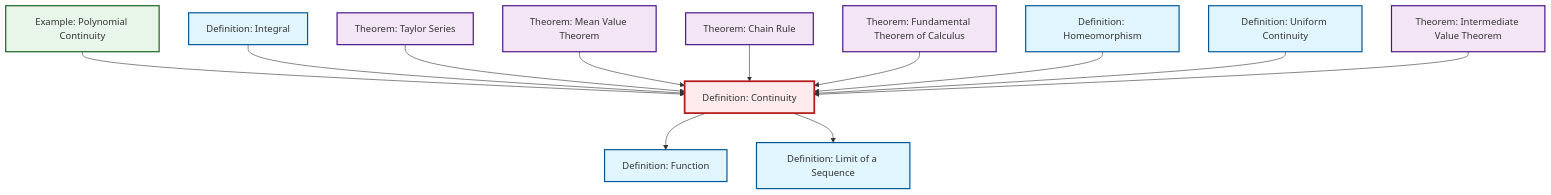
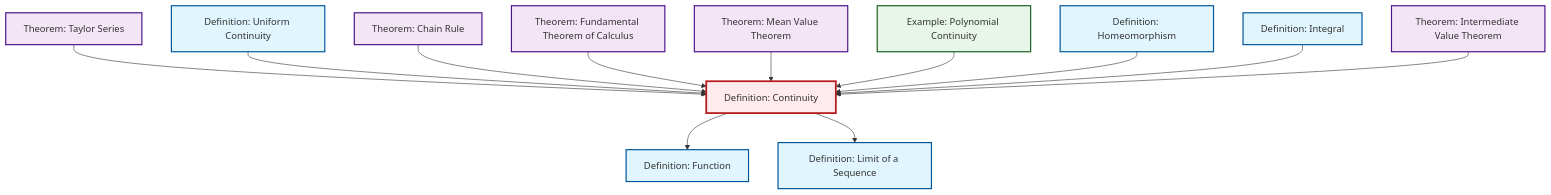
The diagram in content/en/analysis/def-continuity.qmd (RK0429/ModernMath), drawn with Mermaid before and after one commit. The commit also changed other lines of this file and 634 other files, not shown here.

````diff
--- a/content/en/analysis/def-continuity.qmd
+++ b/content/en/analysis/def-continuity.qmd
@@ -58,44 +58,44 @@
 ```{mermaid}
 %%| fig-cap: "Local dependency graph"
 graph TD
     classDef definition fill:#e1f5fe,stroke:#01579b,stroke-width:2px
     classDef theorem fill:#f3e5f5,stroke:#4a148c,stroke-width:2px
     classDef axiom fill:#fff3e0,stroke:#e65100,stroke-width:2px
     classDef example fill:#e8f5e9,stroke:#1b5e20,stroke-width:2px
     classDef current fill:#ffebee,stroke:#b71c1c,stroke-width:3px
-    thm-intermediate-value["Theorem: Intermediate Value Theorem"]:::theorem
+    thm-chain-rule["Theorem: Chain Rule"]:::theorem
     ex-polynomial-continuity["Example: Polynomial Continuity"]:::example
-    thm-chain-rule["Theorem: Chain Rule"]:::theorem
-    thm-taylor-series["Theorem: Taylor Series"]:::theorem
-    def-integral["Definition: Integral"]:::definition
-    def-uniform-continuity["Definition: Uniform Continuity"]:::definition
     def-homeomorphism["Definition: Homeomorphism"]:::definition
-    def-limit["Definition: Limit of a Sequence"]:::definition
     thm-mean-value["Theorem: Mean Value Theorem"]:::theorem
     def-continuity["Definition: Continuity"]:::definition
     def-function["Definition: Function"]:::definition
+    def-integral["Definition: Integral"]:::definition
+    def-uniform-continuity["Definition: Uniform Continuity"]:::definition
+    def-limit["Definition: Limit of a Sequence"]:::definition
+    thm-intermediate-value["Theorem: Intermediate Value Theorem"]:::theorem
+    thm-taylor-series["Theorem: Taylor Series"]:::theorem
     thm-fundamental-calculus["Theorem: Fundamental Theorem of Calculus"]:::theorem
-    ex-polynomial-continuity --> def-continuity
-    def-integral --> def-continuity
+    def-continuity --> def-function
     thm-taylor-series --> def-continuity
-    thm-mean-value --> def-continuity
-    def-continuity --> def-function
+    def-uniform-continuity --> def-continuity
     thm-chain-rule --> def-continuity
     thm-fundamental-calculus --> def-continuity
+    def-continuity --> def-limit
+    thm-mean-value --> def-continuity
+    ex-polynomial-continuity --> def-continuity
     def-homeomorphism --> def-continuity
-    def-uniform-continuity --> def-continuity
-    def-continuity --> def-limit
+    def-integral --> def-continuity
     thm-intermediate-value --> def-continuity
     class def-continuity current
-    click thm-intermediate-value "thm-intermediate-value.html" "Go to Intermediate Value Theorem theorem"
+    click thm-chain-rule "thm-chain-rule.html" "Go to Chain Rule theorem"
     click ex-polynomial-continuity "ex-polynomial-continuity.html" "Go to Polynomial Continuity example"
-    click thm-chain-rule "thm-chain-rule.html" "Go to Chain Rule theorem"
-    click thm-taylor-series "thm-taylor-series.html" "Go to Taylor Series theorem"
+    click def-homeomorphism "def-homeomorphism.html" "Go to Homeomorphism definition"
+    click thm-mean-value "thm-mean-value.html" "Go to Mean Value Theorem theorem"
+    click def-function "def-function.html" "Go to Function definition"
     click def-integral "def-integral.html" "Go to Integral definition"
     click def-uniform-continuity "def-uniform-continuity.html" "Go to Uniform Continuity definition"
-    click def-homeomorphism "def-homeomorphism.html" "Go to Homeomorphism definition"
     click def-limit "def-limit.html" "Go to Limit of a Sequence definition"
-    click thm-mean-value "thm-mean-value.html" "Go to Mean Value Theorem theorem"
-    click def-function "def-function.html" "Go to Function definition"
+    click thm-intermediate-value "thm-intermediate-value.html" "Go to Intermediate Value Theorem theorem"
+    click thm-taylor-series "thm-taylor-series.html" "Go to Taylor Series theorem"
     click thm-fundamental-calculus "thm-fundamental-calculus.html" "Go to Fundamental Theorem of Calculus theorem"
 ```
````
